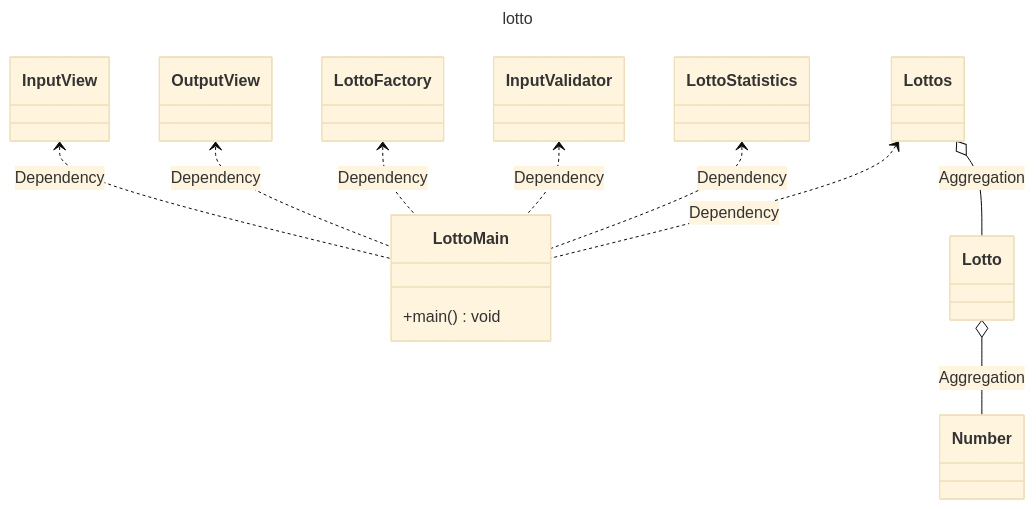
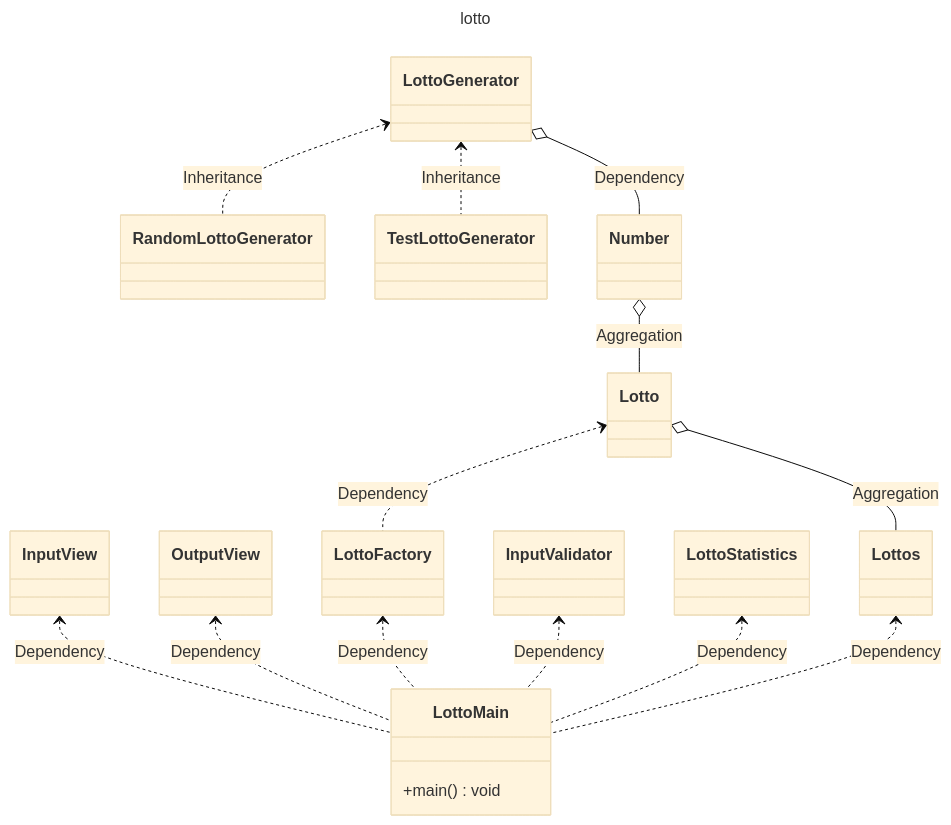
One commit to next-step/java-lotto changed the diagram in README.md. Above: the diagram before and after it, drawn with Mermaid (base theme).

Commit message:
docs: 클래스 다이어그램 수정

````diff
--- a/README.md
+++ b/README.md
@@ -12,59 +12,75 @@
 ```mermaid
 ---
 title: lotto
 ---
 classDiagram
 %%    Animal <|-- Fish
 %%    Animal <|-- Zebra
 %%    Animal : +int age
 %%    Animal : +String gender
 %%    Animal: +isMammal()
 %%    Animal: +mate()
     InputView <.. LottoMain : Dependency
     OutputView <.. LottoMain : Dependency
     LottoFactory <.. LottoMain : Dependency
     InputValidator <.. LottoMain : Dependency
+    Lotto <.. LottoFactory : Dependency
     LottoStatistics <.. LottoMain : Dependency
+    LottoGenerator <.. RandomLottoGenerator : Inheritance
+    LottoGenerator <.. TestLottoGenerator : Inheritance
     Lottos <.. LottoMain : Dependency
-    Lottos o-- Lotto : Aggregation
-    Lotto o-- Number : Aggregation
+    Lotto o-- Lottos : Aggregation
+    Number o-- Lotto : Aggregation
+    LottoGenerator o-- Number : Dependency
 
     class Lotto{
     }
         
     class Lottos{
     }
 
     class Number{
     }
 
     class LottoFactory{
     }
 
     class LottoMain {
         +main() void
     }
 
     class InputValidator {
+
+    }
+
+    class LottoGenerator {
+            
+    }
+
+    class RandomLottoGenerator {
+
+    }
+        
+    class TestLottoGenerator {
 
     }
 
     class LottoStatistics {
         
     }
 
     class InputView {
 
     }
 
     class OutputView {
 
     }
 
     class OutputView {
 %%        -String Name
 %%        -int PosX
 %%        -int PosY
 %%        +Despawn() void
     }
 ```
````
